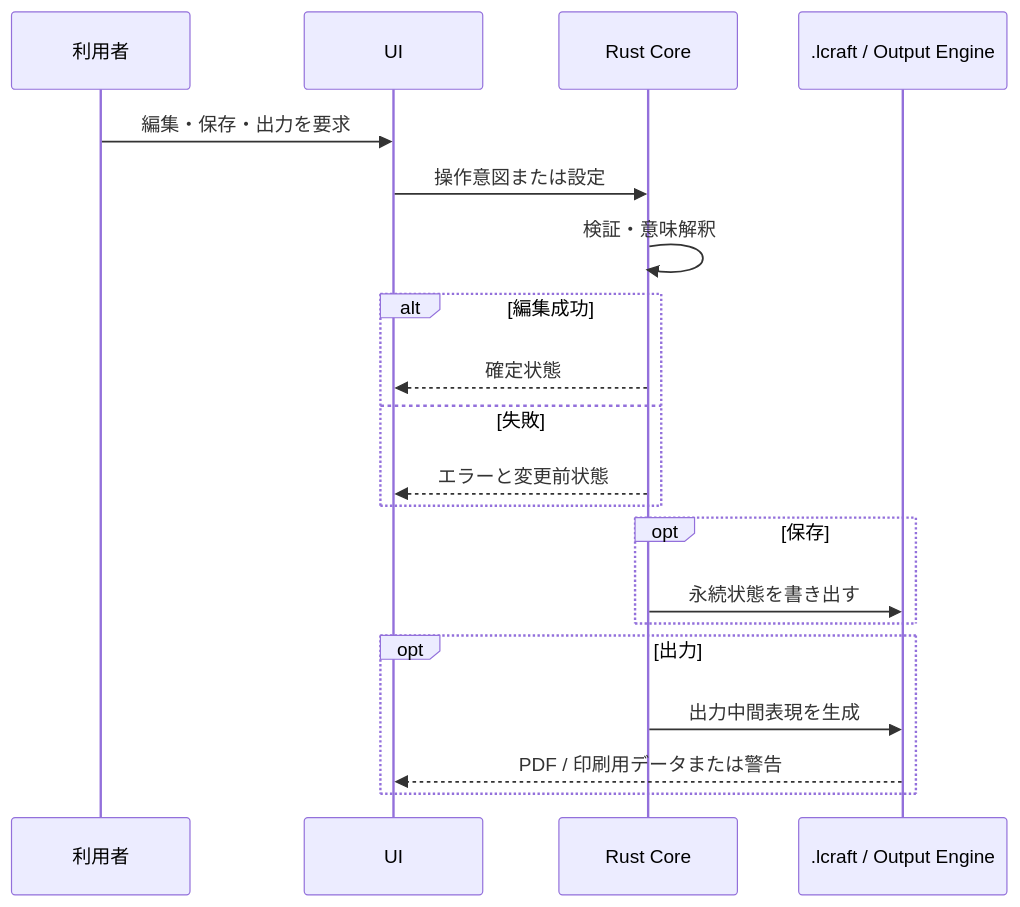
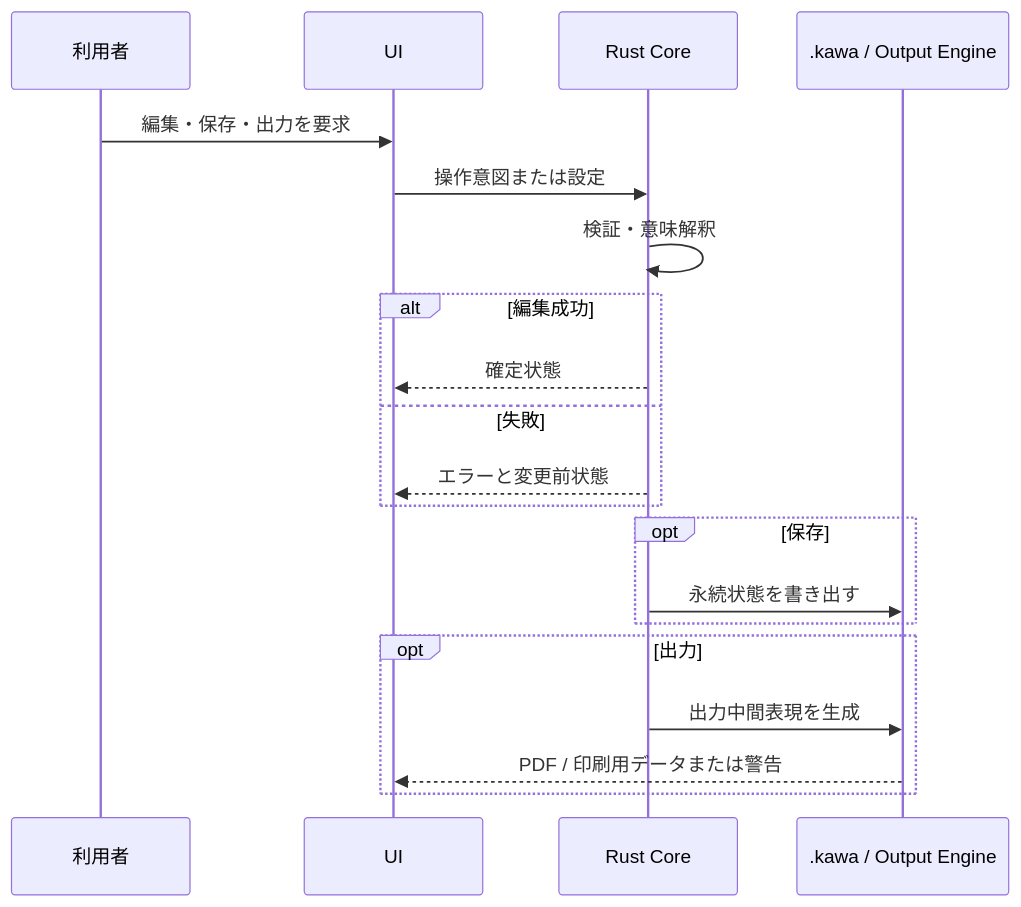
The tenth of 10 diagrams in docs/design/architecture.md (t-shin-komae/kawacad), drawn with Mermaid before and after one commit. The commit also changed other lines of this file and 45 other files, not shown here.

````diff
--- a/docs/design/architecture.md
+++ b/docs/design/architecture.md
@@ -516,22 +516,22 @@
 ```mermaid
 sequenceDiagram
     participant User as 利用者
     participant UI as UI
     participant Core as Rust Core
-    participant Store as .lcraft / Output Engine
+    participant Store as .kawa / Output Engine
     User->>UI: 編集・保存・出力を要求
     UI->>Core: 操作意図または設定
     Core->>Core: 検証・意味解釈
     alt 編集成功
         Core-->>UI: 確定状態
     else 失敗
         Core-->>UI: エラーと変更前状態
     end
     opt 保存
         Core->>Store: 永続状態を書き出す
     end
     opt 出力
         Core->>Store: 出力中間表現を生成
         Store-->>UI: PDF / 印刷用データまたは警告
     end
 ```
````
